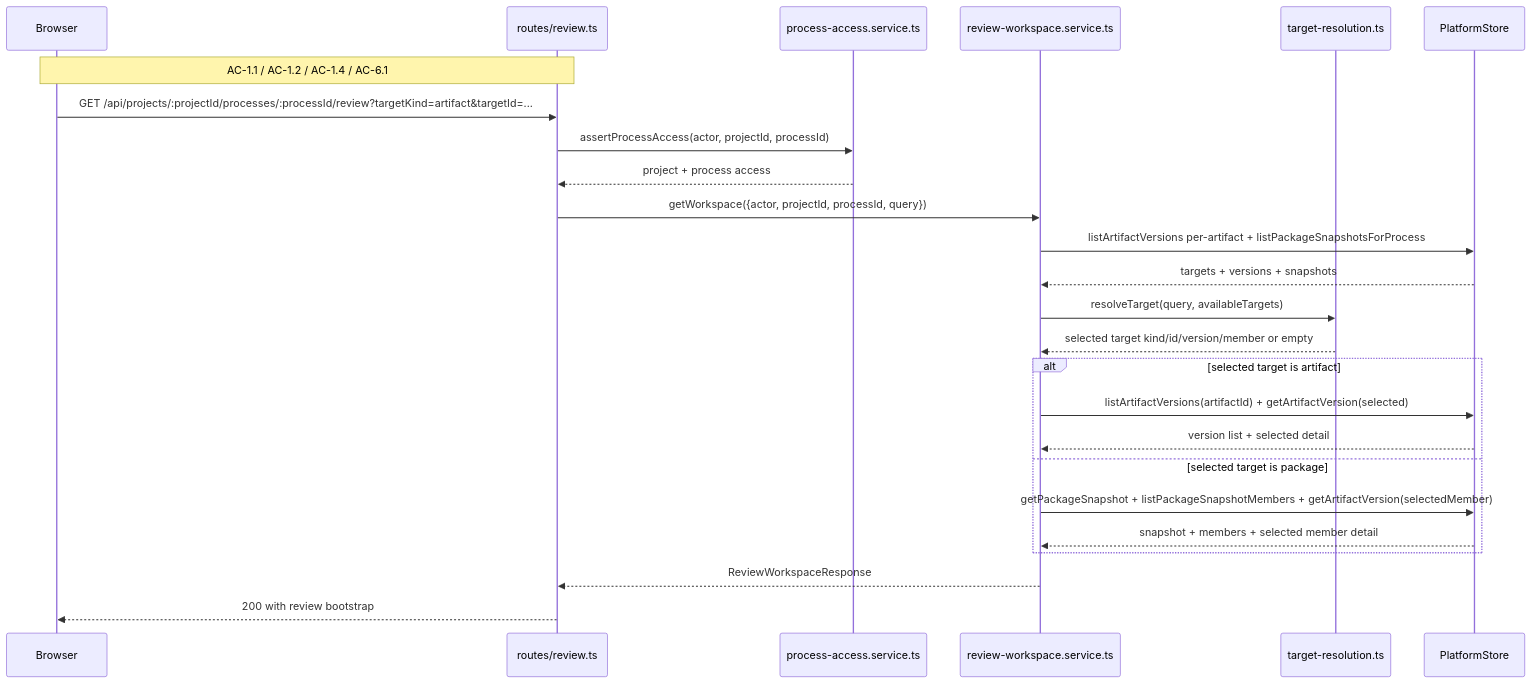
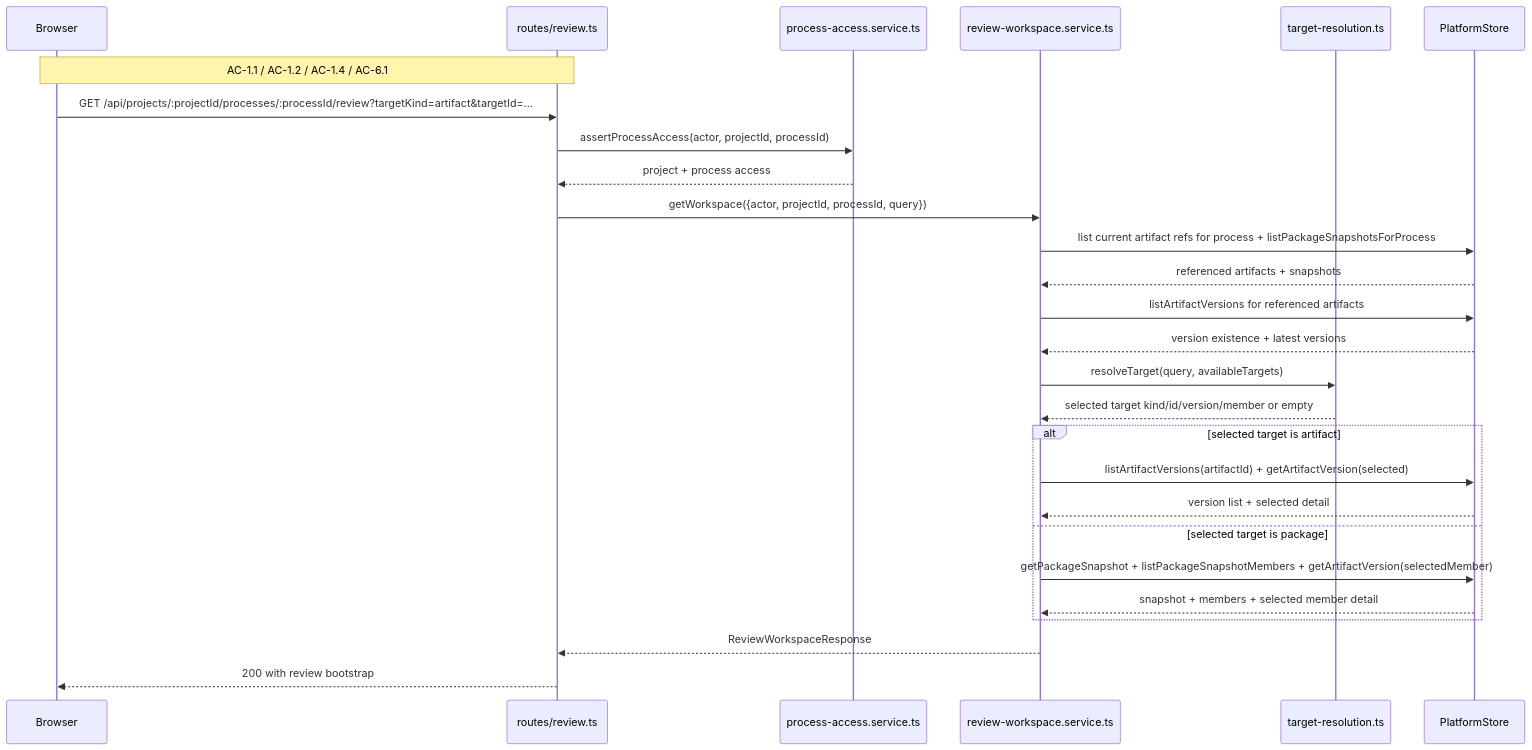
Before and after one commit to liminal-ai/liminal-build: the second of 8 diagrams in docs/spec-build/v2/epics/04--artifact-review-and-package-surface/tech-design-server.md, drawn with Mermaid. The commit also changed other lines of this file and 70 other files, not shown here.

````diff
--- a/docs/spec-build/v2/epics/04--artifact-review-and-package-surface/tech-design-server.md
+++ b/docs/spec-build/v2/epics/04--artifact-review-and-package-surface/tech-design-server.md
@@ -769,28 +817,30 @@
 ```mermaid
 sequenceDiagram
     participant Browser
     participant Route as routes/review.ts
     participant Access as process-access.service.ts
     participant Workspace as review-workspace.service.ts
     participant TargetRes as target-resolution.ts
     participant Store as PlatformStore
 
     Note over Browser,Route: AC-1.1 / AC-1.2 / AC-1.4 / AC-6.1
     Browser->>Route: GET /api/projects/:projectId/processes/:processId/review?targetKind=artifact&targetId=...
     Route->>Access: assertProcessAccess(actor, projectId, processId)
     Access-->>Route: project + process access
     Route->>Workspace: getWorkspace({actor, projectId, processId, query})
-    Workspace->>Store: listArtifactVersions per-artifact + listPackageSnapshotsForProcess
-    Store-->>Workspace: targets + versions + snapshots
+    Workspace->>Store: list current artifact refs for process + listPackageSnapshotsForProcess
+    Store-->>Workspace: referenced artifacts + snapshots
+    Workspace->>Store: listArtifactVersions for referenced artifacts
+    Store-->>Workspace: version existence + latest versions
     Workspace->>TargetRes: resolveTarget(query, availableTargets)
     TargetRes-->>Workspace: selected target kind/id/version/member or empty
     alt selected target is artifact
         Workspace->>Store: listArtifactVersions(artifactId) + getArtifactVersion(selected)
         Store-->>Workspace: version list + selected detail
     else selected target is package
         Workspace->>Store: getPackageSnapshot + listPackageSnapshotMembers + getArtifactVersion(selectedMember)
         Store-->>Workspace: snapshot + members + selected member detail
     end
     Workspace-->>Route: ReviewWorkspaceResponse
     Route-->>Browser: 200 with review bootstrap
 ```
````
